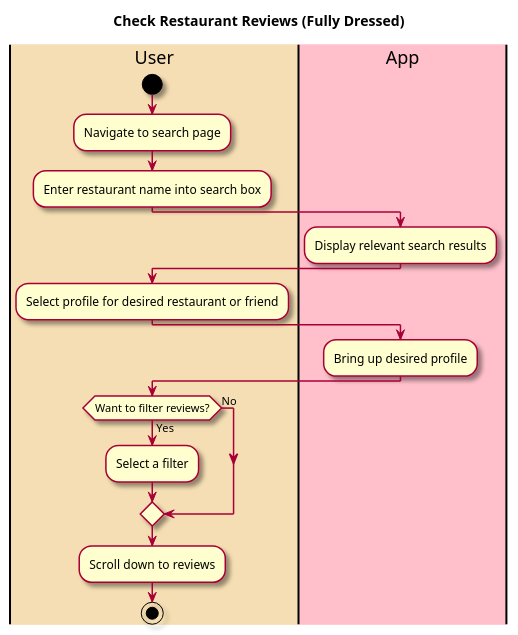
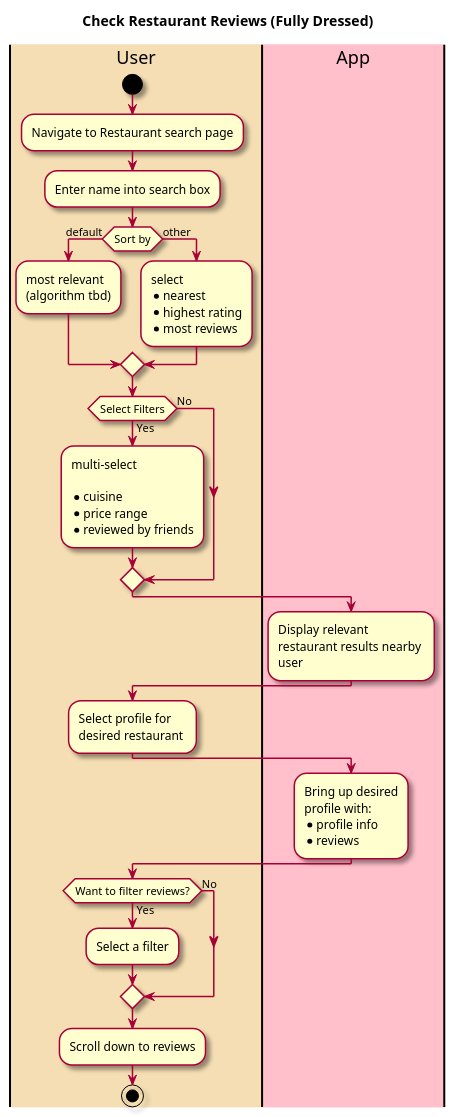
The diagram in intellij/doc/use_cases/check-restaurant-reviews.md (tanwasp/LunchBox-Android), drawn with PlantUML before and after one commit. The commit also changed other lines of this file and 1 other file, not shown here.

Commit message:
check-restaurant use case update

````diff
--- a/intellij/doc/use_cases/check-restaurant-reviews.md
+++ b/intellij/doc/use_cases/check-restaurant-reviews.md
@@ -26,37 +28,63 @@
 ```plantuml
 @startuml
 
 skin rose
 
 title Check Restaurant Reviews (Fully Dressed)
 
 |#wheat|User|
 |#pink|App|
 
 |User|
 start
-:Navigate to search page;
-:Enter restaurant name into search box;
+:Navigate to Restaurant search page;
+:Enter name into search box;
+
+if (Sort by) is (default) then
+:most relevant
+(algorithm tbd);
+else (other)
+:select
+* nearest
+* highest rating
+* most reviews;
+endif
+if (Select Filters) is (Yes) then
+:multi-select
+
+*cuisine
+*price range
+*reviewed by friends;
+else (No)
+endif
 
 |App|
-:Display relevant search results;
+:Display relevant 
+restaurant results nearby 
+user;
+|User|
+
 
 |User|
-:Select profile for desired restaurant or friend;
+:Select profile for 
+desired restaurant ;
 
 |App|
-:Bring up desired profile;
+:Bring up desired 
+profile with:
+*profile info
+*reviews;
 
 
 |User|
 
 if (Want to filter reviews?) is (Yes) then 
 :Select a filter;
 else (No)
 endif
 
 :Scroll down to reviews;
 
 stop
 @enduml
 ```
````
